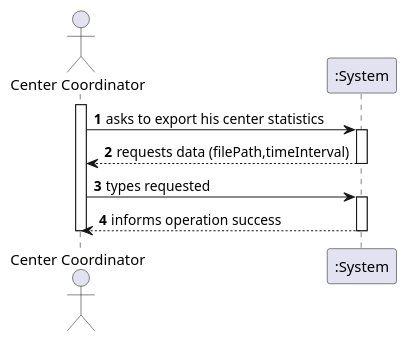
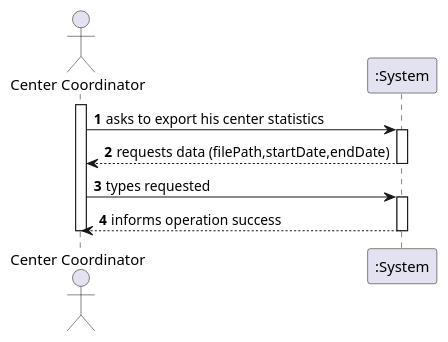
Before and after one commit to miseEnPlace-i/lapr2: the diagram in docs/SprintD/US15/SSD/US15_SSD.puml, drawn with PlantUML. The commit also changed 1 other file, not shown here.

```diff
--- a/docs/SprintD/US15/SSD/US15_SSD.puml
+++ b/docs/SprintD/US15/SSD/US15_SSD.puml
@@ -1,18 +1,18 @@
 @startuml US15_SSD
 autonumber
 actor "Center Coordinator" as COOR
 
 activate COOR
 COOR -> ":System" : asks to export his center statistics
 activate ":System"
-":System" --> COOR : requests data (filePath,timeInterval)
+":System" --> COOR : requests data (filePath,startDate,endDate)
 deactivate ":System"
 
 COOR -> ":System" : types requested
 activate ":System"
 
 ":System" --> COOR : informs operation success
 deactivate ":System"
 deactivate COOR
 
 @enduml
```
